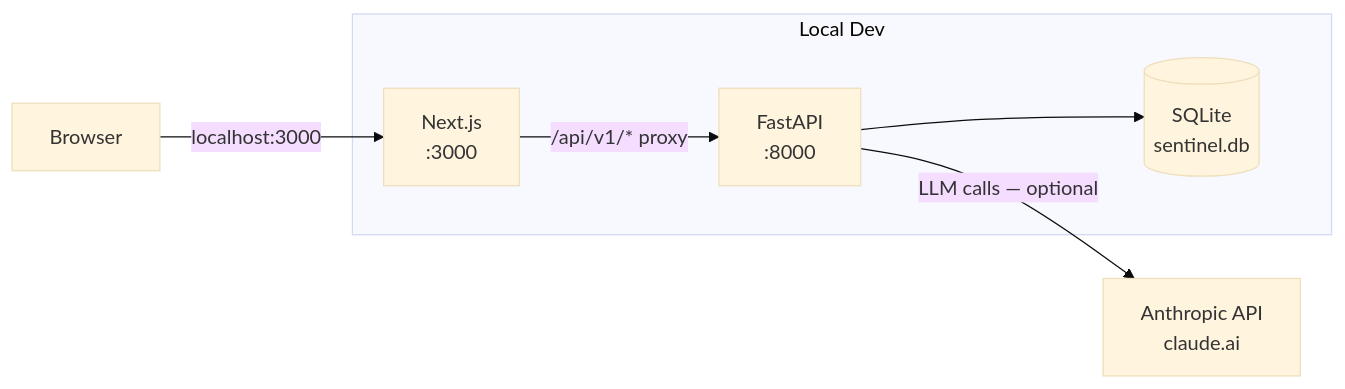
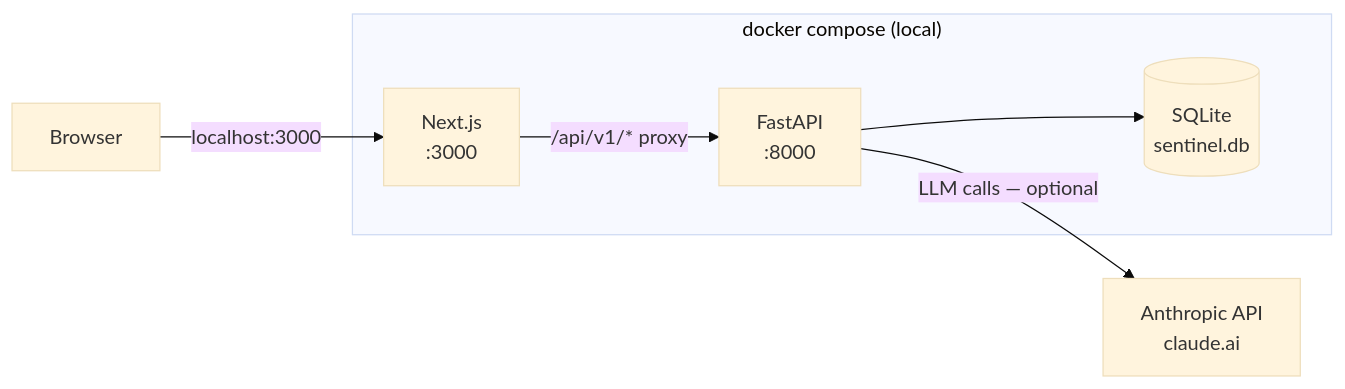
One commit to SteveDok22/Swisshacks-2026 changed the second of 4 diagrams in docs/architecture.md. Above: the diagram before and after it, drawn with Mermaid (base theme). The commit also changed 4 other files, not shown here.

First line of the commit message:
docs: align run/setup docs with single docker compose + hot reload

````diff
--- a/docs/architecture.md
+++ b/docs/architecture.md
@@ -64,17 +64,17 @@
 ```mermaid
 flowchart LR
     Browser[Browser]
 
-    subgraph Local["Local Dev"]
+    subgraph Local["docker compose (local)"]
         NextJS["Next.js\n:3000"]
         FastAPI["FastAPI\n:8000"]
         SQLite[("SQLite\nsentinel.db")]
     end
 
     AnthropicAPI["Anthropic API\nclaude.ai"]
 
     Browser -->|localhost:3000| NextJS
     NextJS -->|/api/v1/* proxy| FastAPI
     FastAPI --> SQLite
     FastAPI -->|LLM calls — optional| AnthropicAPI
 ```
````
